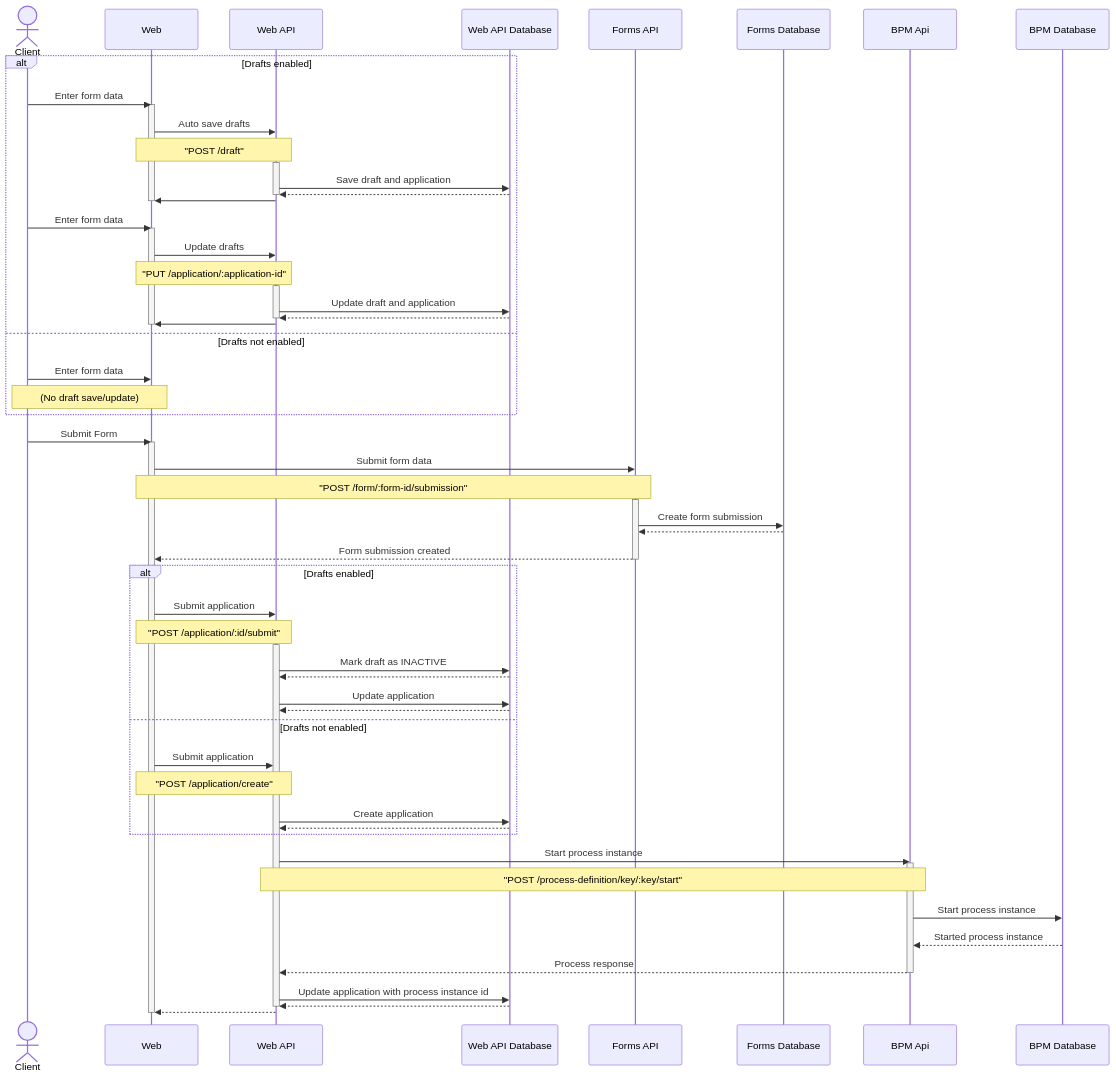
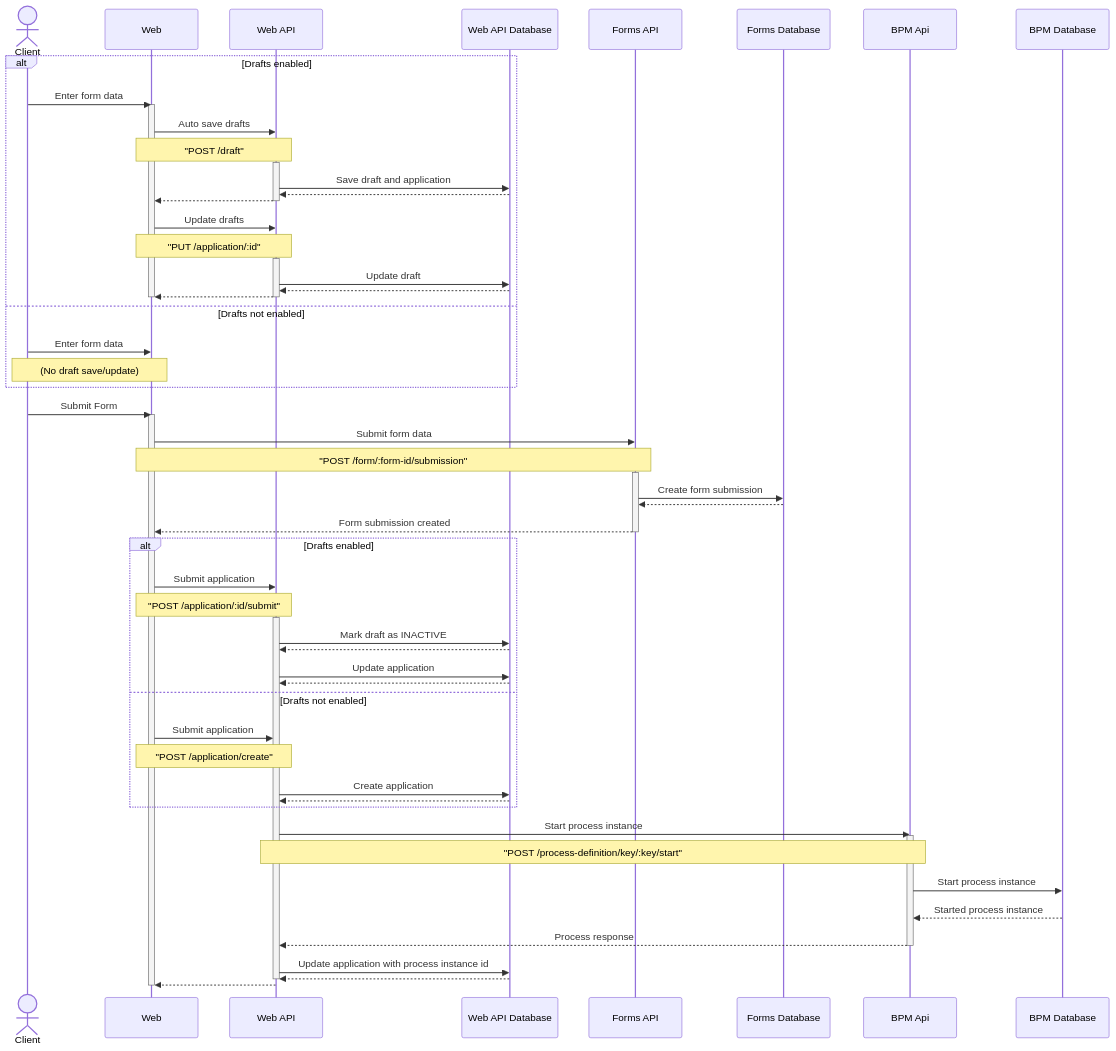
One commit to auslin-aot/forms-flow-ai changed the diagram in docs/sequence-diagrams/client-flow.md. Above: the diagram before and after it, drawn with Mermaid.

````diff
--- a/docs/sequence-diagrams/client-flow.md
+++ b/docs/sequence-diagrams/client-flow.md
@@ -5,80 +5,77 @@
 ```mermaid
 sequenceDiagram
     actor Client as Client
     participant web as Web
     participant web-api as Web API
     participant web-api-db as Web API Database
     participant forms-api as Forms API
     participant forms-db as Forms Database
     participant bpm-api as BPM Api
     participant bpm-db as BPM Database
 
     alt Drafts enabled
         Client ->> web: Enter form data
         activate web
         web ->> web-api: Auto save drafts
         Note over web,web-api: "POST /draft"
         activate web-api
         web-api ->> web-api-db: Save draft and application
-        web-api-db -->> web-api: 
+        web-api-db -->> web-api:
+        web-api -->> web:
         deactivate web-api
-        web-api ->> web: 
-        deactivate web
-
-        Client ->> web: Enter form data
-        activate web
+    
         web ->> web-api: Update drafts
-        Note over web,web-api: "PUT /application/:application-id"
+        Note over web,web-api: "PUT /application/:id"
         activate web-api
-        web-api ->> web-api-db: Update draft and application
-        web-api-db -->> web-api: 
+        web-api ->> web-api-db: Update draft
+        web-api-db -->> web-api:
+        web-api -->> web:
         deactivate web-api
-        web-api ->> web: 
         deactivate web
     else Drafts not enabled
         Client ->> web: Enter form data
         Note over Client,web: (No draft save/update)
     end
 
     Client ->> web: Submit Form
     activate web
     web ->> forms-api: Submit form data
     Note over web,forms-api: "POST /form/:form-id/submission"
     activate forms-api
     forms-api->>forms-db: Create form submission
     forms-db -->> forms-api: 
     forms-api -->> web: Form submission created
     deactivate forms-api
 
     alt Drafts enabled
         web ->> web-api: Submit application
         Note over web,web-api: "POST /application/:id/submit"
         activate web-api
         web-api->>web-api-db: Mark draft as INACTIVE
         web-api-db -->> web-api: 
         web-api->>web-api-db: Update application
         web-api-db -->> web-api: 
     else Drafts not enabled
         web ->> web-api: Submit application
         Note over web,web-api: "POST /application/create"
         web-api->>web-api-db: Create application
         web-api-db -->> web-api: 
     end
 
     
 
     web-api->>bpm-api: Start process instance
     activate bpm-api
     Note over web-api,bpm-api: "POST /process-definition/key/:key/start"
     bpm-api ->> bpm-db: Start process instance
     bpm-db -->> bpm-api: Started process instance
     bpm-api -->> web-api: Process response
     deactivate bpm-api
     web-api ->> web-api-db: Update application with process instance id
     web-api-db -->> web-api: 
     deactivate web-api
     web-api -->> web: 
     deactivate web
 
 
 ```
````
